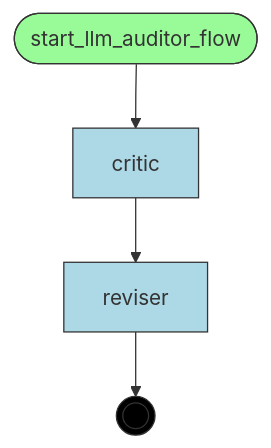
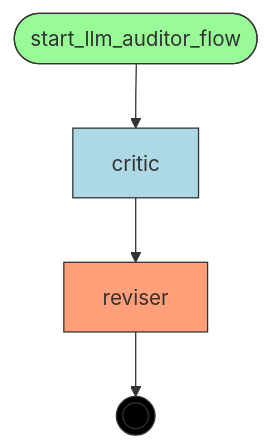
One commit to deliveryhero/asya changed the diagram in examples/flows/compiled/async_sequential/flow.mmd. Above: the diagram before and after it, drawn with Mermaid. The commit also changed 364 other files, not shown here.

First line of the commit message:
feat(compiler): Phase 2 — 5-step pipeline with manifest generation and FlowInfo (#339)

```diff
--- a/examples/flows/compiled/async_sequential/flow.mmd
+++ b/examples/flows/compiled/async_sequential/flow.mmd
@@ -1,19 +1,21 @@
 flowchart TD
     %% Flow: llm_auditor_flow
 
     critic[critic]
     reviser[reviser]
     start_llm_auditor_flow([start_llm_auditor_flow])
     __end__((( )))
 
     start_llm_auditor_flow --> critic
     critic --> reviser
     reviser --> __end__
 
-    classDef entrypoint fill:#98FB98,stroke:#333
+    classDef start fill:#98FB98,stroke:#333
+    classDef endnode fill:#FFA07A,stroke:#333
     classDef router fill:#F5DEB3,stroke:#333
     classDef handler fill:#ADD8E6,stroke:#333
     classDef endpoint fill:#000,stroke:#333,color:#fff
-    class start_llm_auditor_flow entrypoint
-    class critic,reviser handler
+    class start_llm_auditor_flow start
+    class reviser endnode
+    class critic handler
     class __end__ endpoint
```
